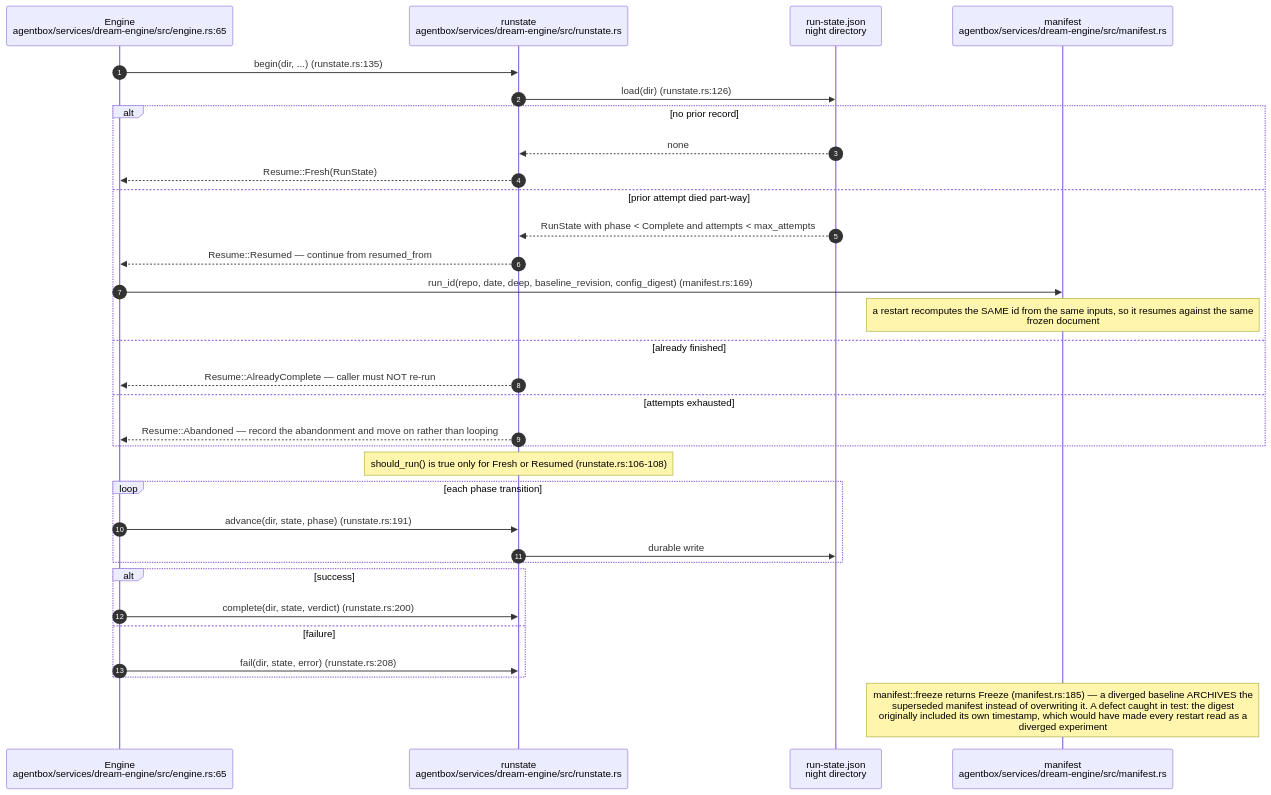
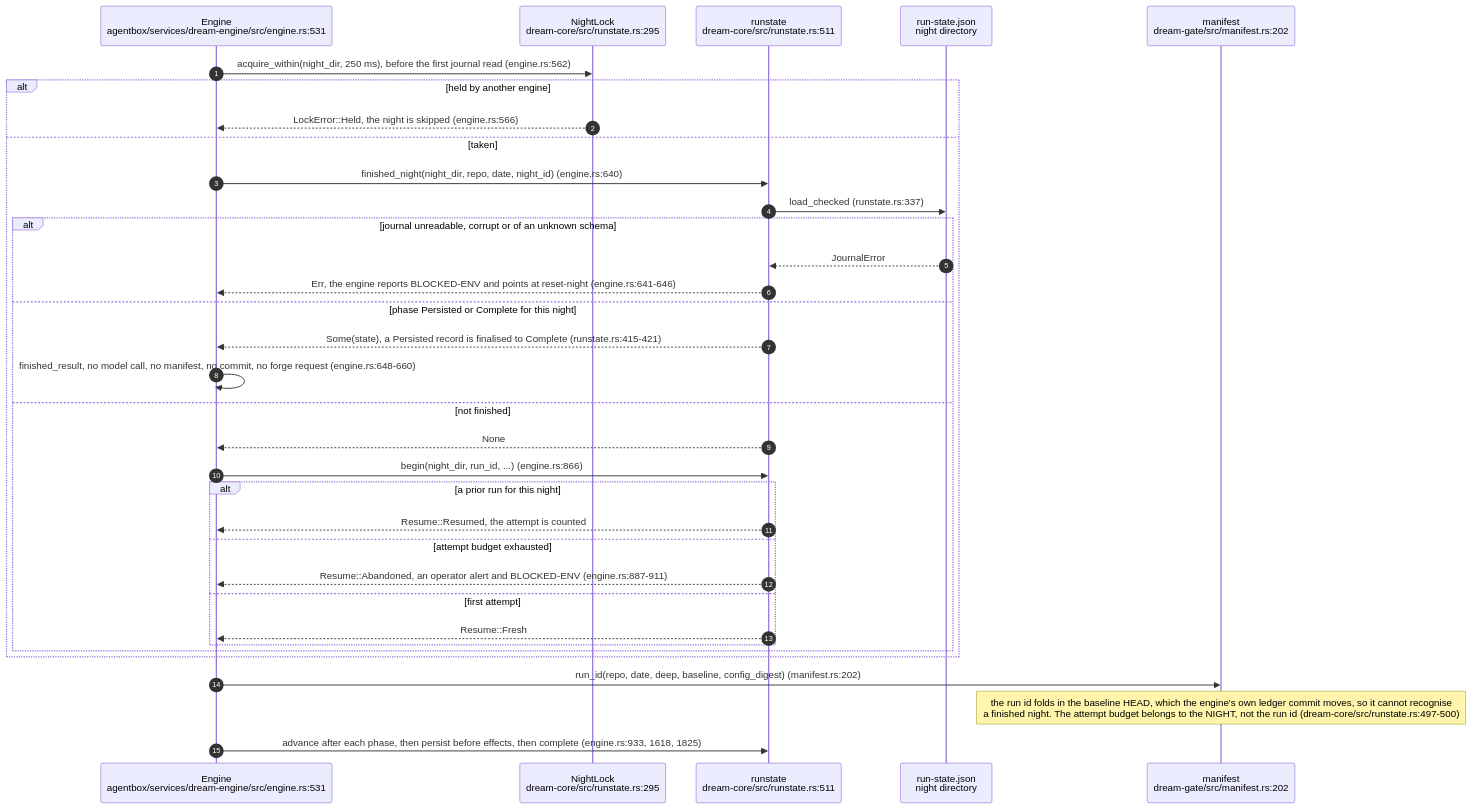
One commit to DreamLab-AI/VisionFlow changed the seventh of 20 diagrams in docs/diagrams/agentbox/23-dream-engine.md. Above: the diagram before and after it, drawn with Mermaid. The commit also changed other lines of this file and 12 other files, not shown here.

First line of the commit message:
docs(diagrams): map the dream-engine extraction (AB-23, ES-05, ES-90, new DE area)

````diff
--- a/docs/diagrams/agentbox/23-dream-engine.md
+++ b/docs/diagrams/agentbox/23-dream-engine.md
@@ -424,35 +402,37 @@
 ```mermaid
 sequenceDiagram
     autonumber
-    participant ENG as Engine<br/>agentbox/services/dream-engine/src/engine.rs:65
-    participant RS as runstate<br/>agentbox/services/dream-engine/src/runstate.rs
+    participant ENG as Engine<br/>agentbox/services/dream-engine/src/engine.rs:531
+    participant LK as NightLock<br/>dream-core/src/runstate.rs:295
+    participant RS as runstate<br/>dream-core/src/runstate.rs:511
     participant F as run-state.json<br/>night directory
-    participant MAN as manifest<br/>agentbox/services/dream-engine/src/manifest.rs
+    participant MAN as manifest<br/>dream-gate/src/manifest.rs:202
 
-    ENG->>RS: begin(dir, ...) (runstate.rs:135)
-    RS->>F: load(dir) (runstate.rs:126)
-    alt no prior record
-        F-->>RS: none
-        RS-->>ENG: Resume::Fresh(RunState)
-    else prior attempt died part-way
-        F-->>RS: RunState with phase < Complete and attempts < max_attempts
-        RS-->>ENG: Resume::Resumed — continue from resumed_from
-        ENG->>MAN: run_id(repo, date, deep, baseline_revision, config_digest) (manifest.rs:169)
-        Note over MAN: a restart recomputes the SAME id from the same inputs, so it resumes against the same<br/>frozen document
-    else already finished
-        RS-->>ENG: Resume::AlreadyComplete — caller must NOT re-run
-    else attempts exhausted
-        RS-->>ENG: Resume::Abandoned — record the abandonment and move on rather than looping
+    ENG->>LK: acquire_within(night_dir, 250 ms), before the first journal read (engine.rs:562)
+    alt held by another engine
+        LK-->>ENG: LockError::Held, the night is skipped (engine.rs:566)
+    else taken
+        ENG->>RS: finished_night(night_dir, repo, date, night_id) (engine.rs:640)
+        RS->>F: load_checked (runstate.rs:337)
+        alt journal unreadable, corrupt or of an unknown schema
+            F-->>RS: JournalError
+            RS-->>ENG: Err, the engine reports BLOCKED-ENV and points at reset-night (engine.rs:641-646)
+        else phase Persisted or Complete for this night
+            RS-->>ENG: Some(state), a Persisted record is finalised to Complete (runstate.rs:415-421)
+            ENG->>ENG: finished_result, no model call, no manifest, no commit, no forge request (engine.rs:648-660)
+        else not finished
+            RS-->>ENG: None
+            ENG->>RS: begin(night_dir, run_id, ...) (engine.rs:866)
+            alt a prior run for this night
+                RS-->>ENG: Resume::Resumed, the attempt is counted
+            else attempt budget exhausted
+                RS-->>ENG: Resume::Abandoned, an operator alert and BLOCKED-ENV (engine.rs:887-911)
+            else first attempt
+                RS-->>ENG: Resume::Fresh
+            end
+        end
     end
-    Note over RS: should_run() is true only for Fresh or Resumed (runstate.rs:106-108)
-    loop each phase transition
-        ENG->>RS: advance(dir, state, phase) (runstate.rs:191)
-        RS->>F: durable write
-    end
-    alt success
-        ENG->>RS: complete(dir, state, verdict) (runstate.rs:200)
-    else failure
-        ENG->>RS: fail(dir, state, error) (runstate.rs:208)
-    end
-    Note over MAN: manifest::freeze returns Freeze (manifest.rs:185) — a diverged baseline ARCHIVES the<br/>superseded manifest instead of overwriting it. A defect caught in test: the digest<br/>originally included its own timestamp, which would have made every restart read as a<br/>diverged experiment
+    ENG->>MAN: run_id(repo, date, deep, baseline, config_digest) (manifest.rs:202)
+    Note over MAN: the run id folds in the baseline HEAD, which the engine's own ledger commit moves, so it cannot recognise<br/>a finished night. The attempt budget belongs to the NIGHT, not the run id (dream-core/src/runstate.rs:497-500)
+    ENG->>RS: advance after each phase, then persist before effects, then complete (engine.rs:933, 1618, 1825)
 ```
````
